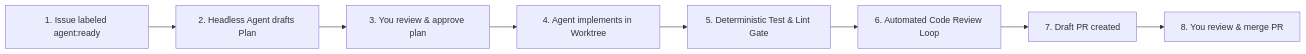
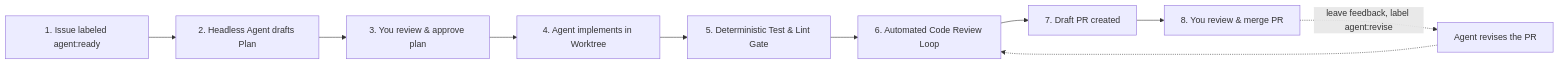
One commit to hamedniroomand/cue changed the diagram in docs/content/index.md. Above: the diagram before and after it, drawn with Mermaid. The commit also changed 3 other files, not shown here.

````diff
--- a/docs/content/index.md
+++ b/docs/content/index.md
@@ -46,10 +46,12 @@
 ```mermaid
 flowchart LR
   ready[1. Issue labeled agent:ready] --> triage[2. Headless Agent drafts Plan]
   triage --> plan[3. You review & approve plan]
   plan --> dev[4. Agent implements in Worktree]
   dev --> gate[5. Deterministic Test & Lint Gate]
   gate --> review[6. Automated Code Review Loop]
   review --> pr[7. Draft PR created]
   pr --> merge[8. You review & merge PR]
+  merge -.->|"leave feedback, label agent:revise"| revise[Agent revises the PR]
+  revise -.-> review
 ```
````
